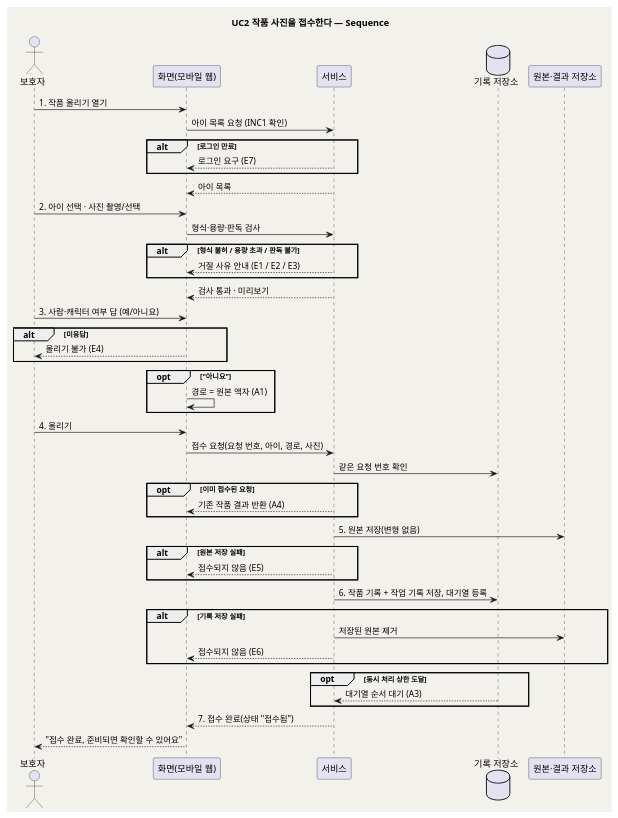
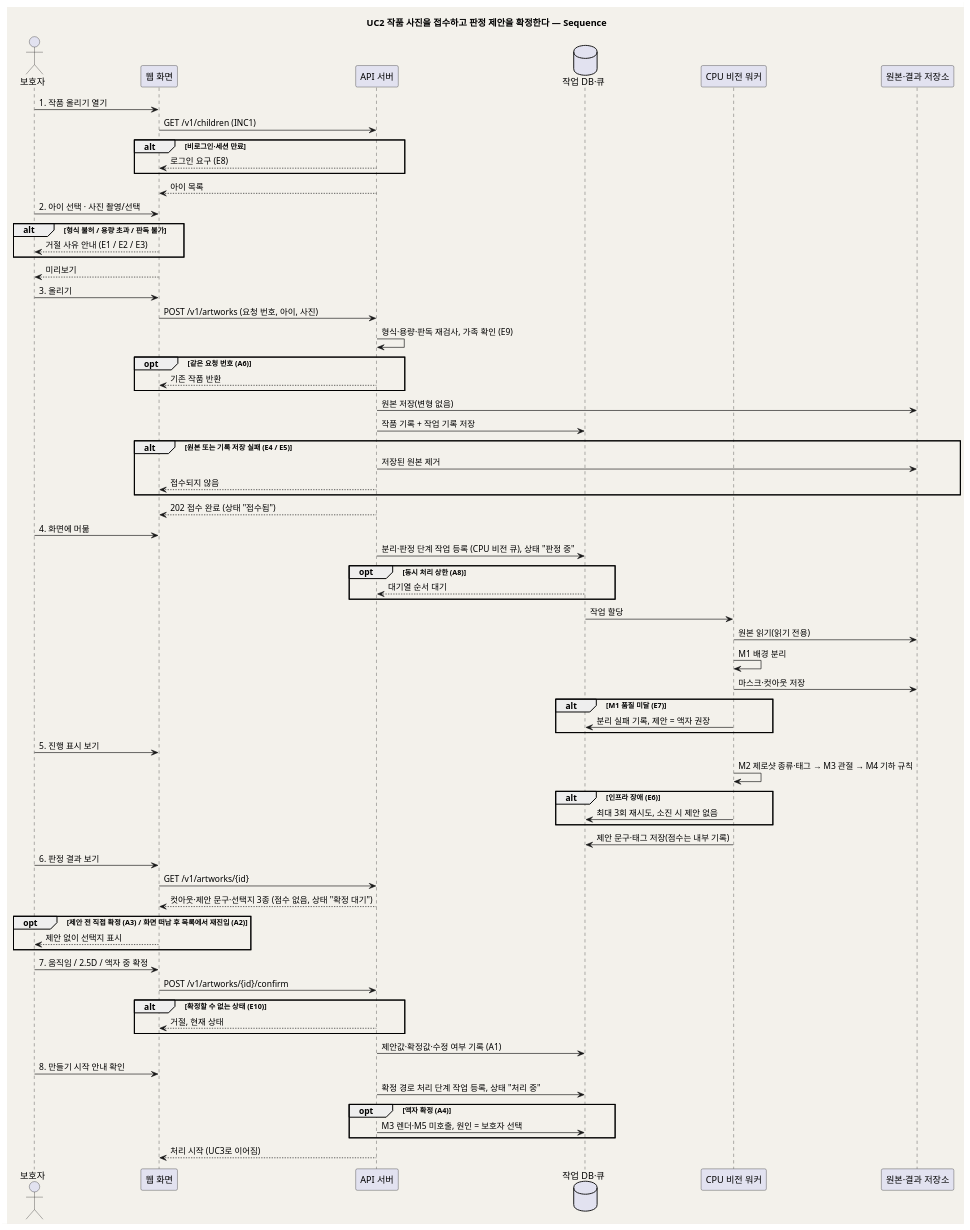
One commit to kids-gallery/uri-gallery changed the second of 2 diagrams in design/UC_02_작품사진접수.md. Above: the diagram before and after it, drawn with PlantUML. The commit also changed other lines of this file and 23 other files, not shown here.

````diff
--- a/design/UC_02_작품사진접수.md
+++ b/design/UC_02_작품사진접수.md
@@ -156,59 +163,82 @@
 ```plantuml
-@startuml seq_family_gallery_02
+@startuml seq_our_child_gallery_02
 skinparam backgroundColor #F3F1EB
 skinparam shadowing false
-title UC2 작품 사진을 접수한다 — Sequence
+title UC2 작품 사진을 접수하고 판정 제안을 확정한다 — Sequence
 
 actor "보호자" as Parent
-participant "화면(모바일 웹)" as UI
-participant "서비스" as SVC
-database "기록 저장소" as DB
+participant "웹 화면" as UI
+participant "API 서버" as API
+database "작업 DB·큐" as DB
+participant "CPU 비전 워커" as CPU
 participant "원본·결과 저장소" as Store
 
 Parent -> UI : 1. 작품 올리기 열기
-UI -> SVC : 아이 목록 요청 (INC1 확인)
-alt 로그인 만료
-  SVC --> UI : 로그인 요구 (E7)
+UI -> API : GET /v1/children (INC1)
+alt 비로그인·세션 만료
+  API --> UI : 로그인 요구 (E8)
 end
-SVC --> UI : 아이 목록
+API --> UI : 아이 목록
 
 Parent -> UI : 2. 아이 선택 · 사진 촬영/선택
-UI -> SVC : 형식·용량·판독 검사
 alt 형식 불허 / 용량 초과 / 판독 불가
-  SVC --> UI : 거절 사유 안내 (E1 / E2 / E3)
+  UI --> Parent : 거절 사유 안내 (E1 / E2 / E3)
 end
-SVC --> UI : 검사 통과 · 미리보기
+UI --> Parent : 미리보기
 
-Parent -> UI : 3. 사람·캐릭터 여부 답 (예/아니요)
-alt 미응답
-  UI --> Parent : 올리기 불가 (E4)
+Parent -> UI : 3. 올리기
+UI -> API : POST /v1/artworks (요청 번호, 아이, 사진)
+API -> API : 형식·용량·판독 재검사, 가족 확인 (E9)
+opt 같은 요청 번호 (A6)
+  API --> UI : 기존 작품 반환
 end
-opt "아니요"
-  UI -> UI : 경로 = 원본 액자 (A1)
+API -> Store : 원본 저장(변형 없음)
+API -> DB : 작품 기록 + 작업 기록 저장
+alt 원본 또는 기록 저장 실패 (E4 / E5)
+  API -> Store : 저장된 원본 제거
+  API --> UI : 접수되지 않음
+end
+API --> UI : 202 접수 완료 (상태 "접수됨")
+
+Parent -> UI : 4. 화면에 머묾
+API -> DB : 분리·판정 단계 작업 등록 (CPU 비전 큐), 상태 "판정 중"
+opt 동시 처리 상한 (A8)
+  DB --> API : 대기열 순서 대기
+end
+DB -> CPU : 작업 할당
+CPU -> Store : 원본 읽기(읽기 전용)
+CPU -> CPU : M1 배경 분리
+CPU -> Store : 마스크·컷아웃 저장
+alt M1 품질 미달 (E7)
+  CPU -> DB : 분리 실패 기록, 제안 = 액자 권장
 end
 
-Parent -> UI : 4. 올리기
-UI -> SVC : 접수 요청(요청 번호, 아이, 경로, 사진)
-SVC -> DB : 같은 요청 번호 확인
-opt 이미 접수된 요청
-  SVC --> UI : 기존 작품 결과 반환 (A4)
+Parent -> UI : 5. 진행 표시 보기
+CPU -> CPU : M2 제로샷 종류·태그 → M3 관절 → M4 기하 규칙
+alt 인프라 장애 (E6)
+  CPU -> DB : 최대 3회 재시도, 소진 시 제안 없음
+end
+CPU -> DB : 제안 문구·태그 저장(점수는 내부 기록)
+
+Parent -> UI : 6. 판정 결과 보기
+UI -> API : GET /v1/artworks/{id}
+API --> UI : 컷아웃·제안 문구·선택지 3종 (점수 없음, 상태 "확정 대기")
+opt 제안 전 직접 확정 (A3) / 화면 떠남 후 목록에서 재진입 (A2)
+  UI --> Parent : 제안 없이 선택지 표시
 end
 
-SVC -> Store : 5. 원본 저장(변형 없음)
-alt 원본 저장 실패
-  SVC --> UI : 접수되지 않음 (E5)
+Parent -> UI : 7. 움직임 / 2.5D / 액자 중 확정
+UI -> API : POST /v1/artworks/{id}/confirm
+alt 확정할 수 없는 상태 (E10)
+  API --> UI : 거절, 현재 상태
 end
+API -> DB : 제안값·확정값·수정 여부 기록 (A1)
 
-SVC -> DB : 6. 작품 기록 + 작업 기록 저장, 대기열 등록
-alt 기록 저장 실패
-  SVC -> Store : 저장된 원본 제거
-  SVC --> UI : 접수되지 않음 (E6)
+Parent -> UI : 8. 만들기 시작 안내 확인
+API -> DB : 확정 경로 처리 단계 작업 등록, 상태 "처리 중"
+opt 액자 확정 (A4)
+  API -> DB : M3 렌더·M5 미호출, 원인 = 보호자 선택
 end
-opt 동시 처리 상한 도달
-  DB --> SVC : 대기열 순서 대기 (A3)
-end
-
-SVC --> UI : 7. 접수 완료(상태 "접수됨")
-UI --> Parent : "접수 완료, 준비되면 확인할 수 있어요"
+API --> UI : 처리 시작 (UC3로 이어짐)
 @enduml
 ```
````
